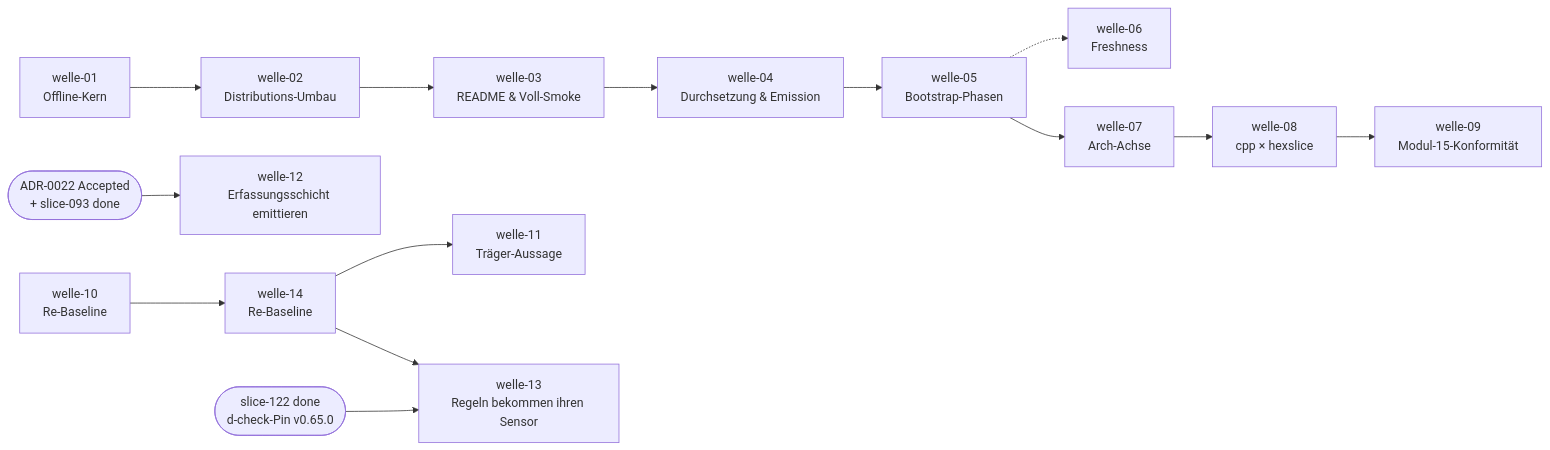
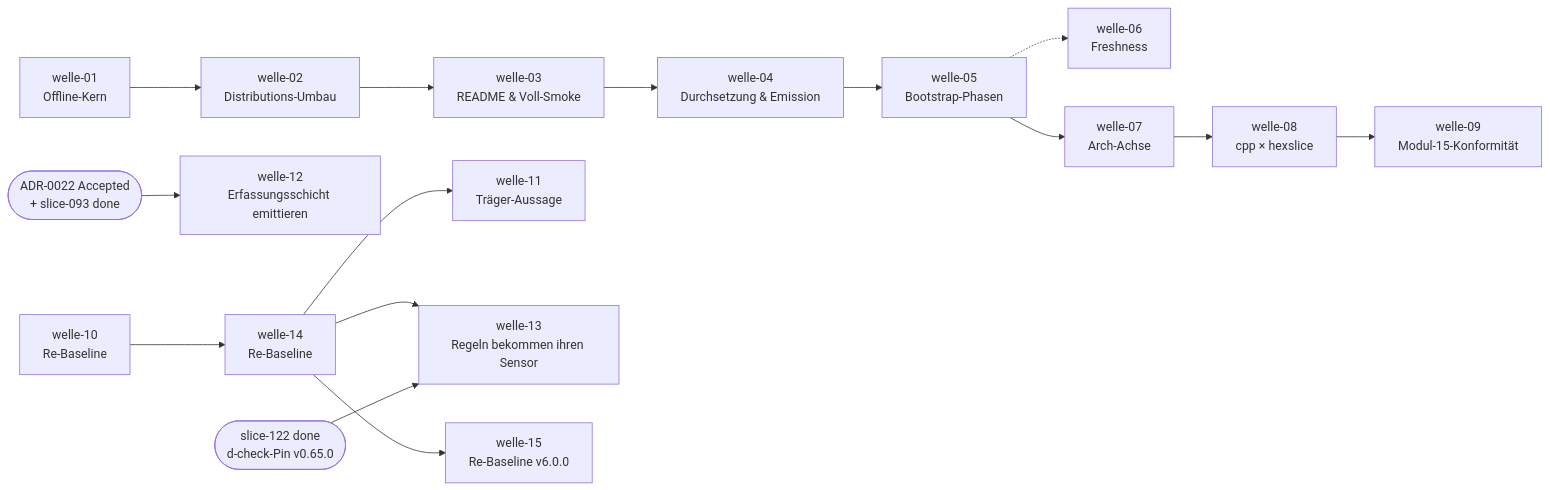
The diagram in docs/plan/planning/in-progress/roadmap.md (pt9912/ai-harness-init), drawn with Mermaid before and after one commit. The commit also changed other lines of this file and 3 other files, not shown here.

````diff
--- a/docs/plan/planning/in-progress/roadmap.md
+++ b/docs/plan/planning/in-progress/roadmap.md
@@ -85,26 +84,28 @@
 ```mermaid
 flowchart LR
     W1[welle-01<br/>Offline-Kern]
     W2[welle-02<br/>Distributions-Umbau]
     W3[welle-03<br/>README & Voll-Smoke]
     W4[welle-04<br/>Durchsetzung & Emission]
     W5[welle-05<br/>Bootstrap-Phasen]
     W6[welle-06<br/>Freshness]
     W7[welle-07<br/>Arch-Achse]
     W8[welle-08<br/>cpp × hexslice]
     W9[welle-09<br/>Modul-15-Konformität]
     W10[welle-10<br/>Re-Baseline]
     W11[welle-11<br/>Träger-Aussage]
     W12[welle-12<br/>Erfassungsschicht emittieren]
     W13[welle-13<br/>Regeln bekommen ihren Sensor]
     W14[welle-14<br/>Re-Baseline]
+    W15[welle-15<br/>Re-Baseline v6.0.0]
     W1 --> W2 --> W3 --> W4 --> W5
     W5 -.-> W6
     W5 --> W7 --> W8
     W8 --> W9
     W10 --> W14
     W14 --> W11
     W14 --> W13
+    W14 --> W15
     S122([slice-122 done<br/>d-check-Pin v0.65.0]) --> W13
     A0022([ADR-0022 Accepted<br/>+ slice-093 done]) --> W12
 ```
````
